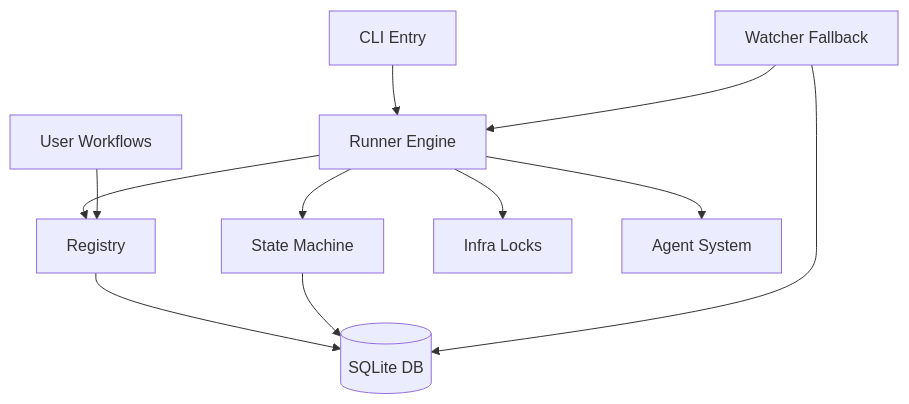
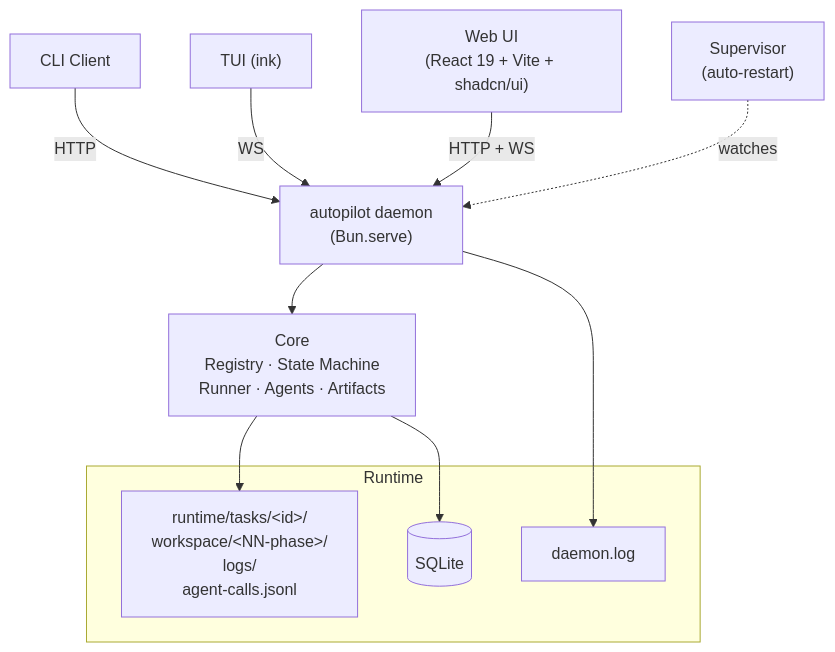
Before and after one commit to larrygogo/autopilot: the diagram in README.en.md, drawn with Mermaid. The commit also changed other lines of this file and 83 other files, not shown here.

First line of the commit message:
feat: Web UX 重写 + 人机交互（Gate / ask_user）+ phase 自动归档 (#32)

````diff
--- a/README.en.md
+++ b/README.en.md
@@ -115,13 +134,20 @@
 ```mermaid
 graph TB
-    CLI["CLI Entry"] --> Runner["Runner Engine"]
-    Runner --> Registry["Registry"]
-    Runner --> SM["State Machine"]
-    Runner --> Infra["Infra Locks"]
-    Runner --> Agents["Agent System"]
-    Registry --> DB[("SQLite DB")]
-    SM --> DB
-    Watcher["Watcher Fallback"] --> Runner
-    Watcher --> DB
-    Workflows["User Workflows"] --> Registry
+    CLI["CLI Client"] --HTTP--> Daemon
+    TUI["TUI (ink)"] --WS--> Daemon
+    Web["Web UI<br/>(React 19 + Vite + shadcn/ui)"] --HTTP + WS--> Daemon
+
+    Daemon["autopilot daemon<br/>(Bun.serve)"] --> Core
+    Core["Core<br/>Registry · State Machine<br/>Runner · Agents · Artifacts"] --> Workspaces
+
+    Supervisor["Supervisor<br/>(auto-restart)"] -.watches.-> Daemon
+
+    subgraph Runtime
+      Workspaces["runtime/tasks/&lt;id&gt;/<br/>workspace/&lt;NN-phase&gt;/<br/>logs/<br/>agent-calls.jsonl"]
+      DB[("SQLite")]
+      DaemonLog["daemon.log"]
+    end
+
+    Core --> DB
+    Daemon --> DaemonLog
 ```
````
